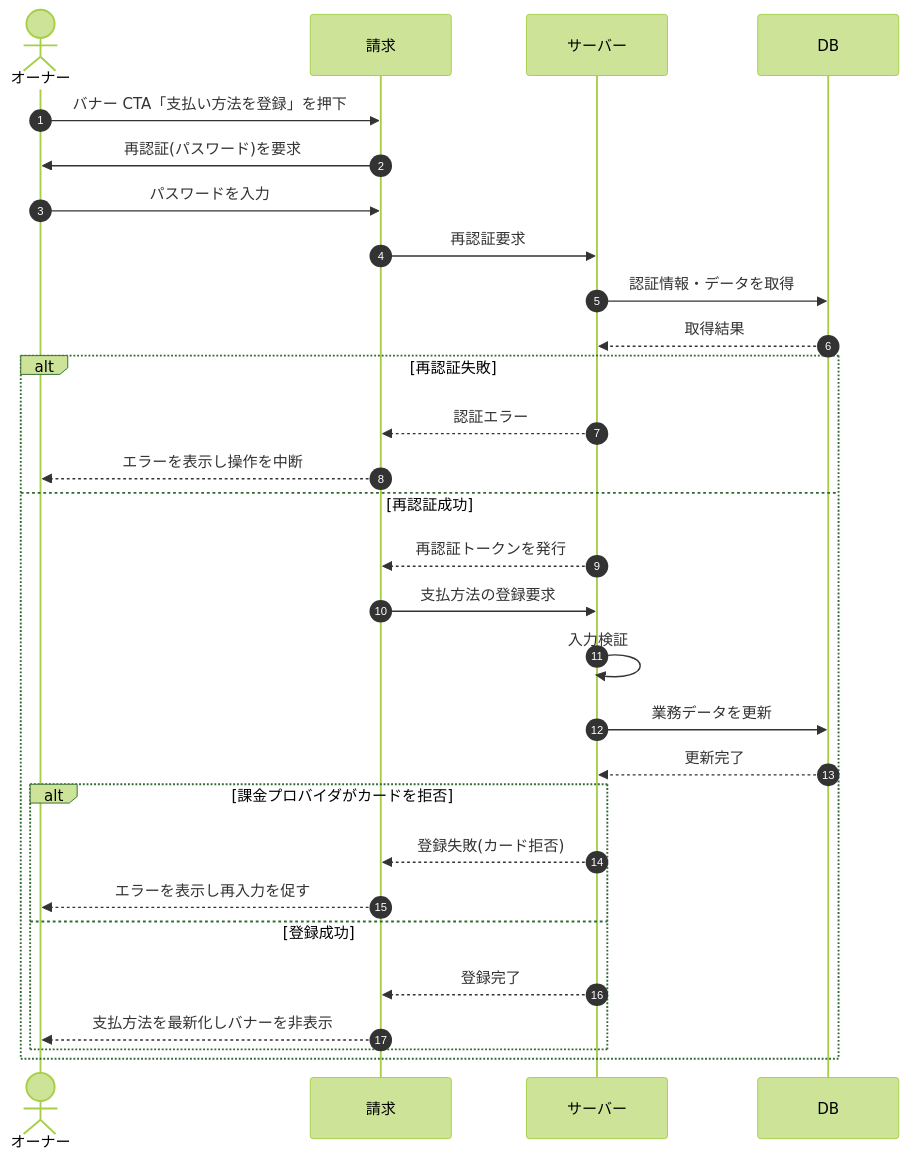
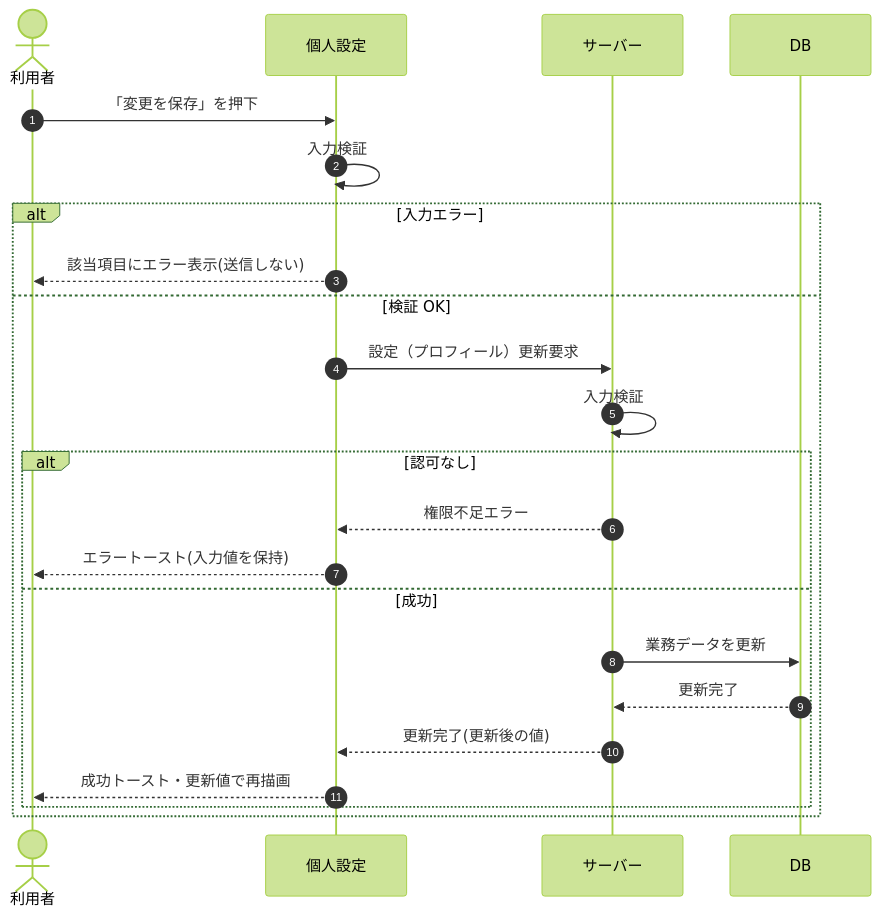
Before and after one commit to sikakou54/open-faq: the diagram in 02_basic_design/03_sequences/SEQ-084.md, drawn with Mermaid (forest theme). The commit also changed other lines of this file and 395 other files, not shown here.

````diff
--- a/02_basic_design/03_sequences/SEQ-084.md
+++ b/02_basic_design/03_sequences/SEQ-084.md
@@ -25,31 +25,25 @@
 ```mermaid
 sequenceDiagram
   autonumber
-  actor U as オーナー
-  participant Screen as 請求
+  actor U as 利用者
+  participant Screen as 個人設定
   participant Server as サーバー
   participant DB as DB
-  U->>Screen: バナー CTA「支払い方法を登録」を押下
-  Screen->>U: 再認証(パスワード)を要求
-  U->>Screen: パスワードを入力
-  Screen->>Server: 再認証要求
-  Server->>DB: 認証情報・データを取得
-  DB-->>Server: 取得結果
-  alt 再認証失敗
-    Server-->>Screen: 認証エラー
-    Screen-->>U: エラーを表示し操作を中断
-  else 再認証成功
-    Server-->>Screen: 再認証トークンを発行
-    Screen->>Server: 支払方法の登録要求
+  U->>Screen: 「変更を保存」を押下
+  Screen->>Screen: 入力検証
+  alt 入力エラー
+    Screen-->>U: 該当項目にエラー表示(送信しない)
+  else 検証 OK
+    Screen->>Server: 設定（プロフィール）更新要求
     Server->>Server: 入力検証
-    Server->>DB: 業務データを更新
-    DB-->>Server: 更新完了
-    alt 課金プロバイダがカードを拒否
-      Server-->>Screen: 登録失敗(カード拒否)
-      Screen-->>U: エラーを表示し再入力を促す
-    else 登録成功
-      Server-->>Screen: 登録完了
-      Screen-->>U: 支払方法を最新化しバナーを非表示
+    alt 認可なし
+      Server-->>Screen: 権限不足エラー
+      Screen-->>U: エラートースト(入力値を保持)
+    else 成功
+      Server->>DB: 業務データを更新
+      DB-->>Server: 更新完了
+      Server-->>Screen: 更新完了(更新後の値)
+      Screen-->>U: 成功トースト・更新値で再描画
     end
   end
 ```
````
